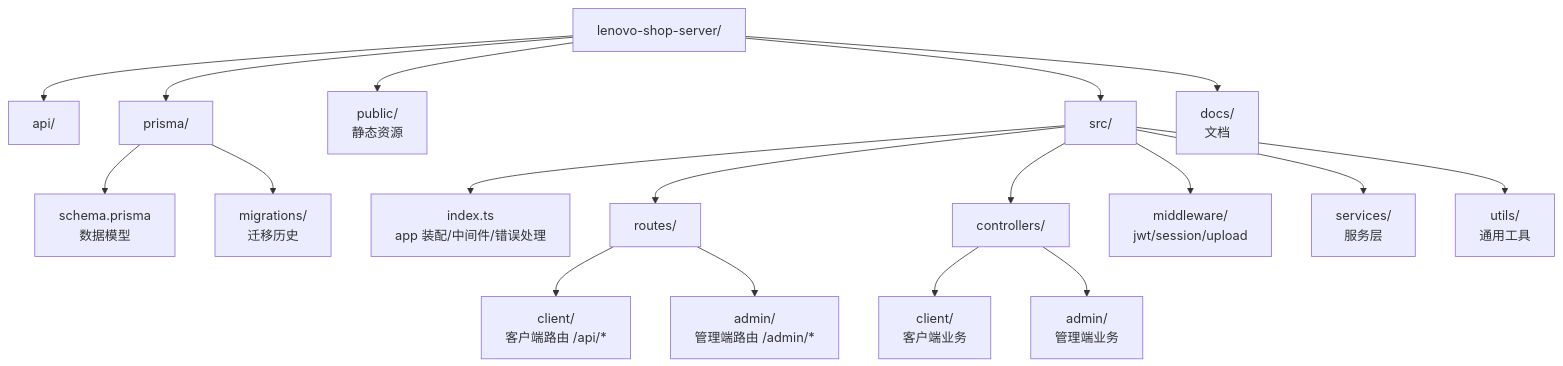
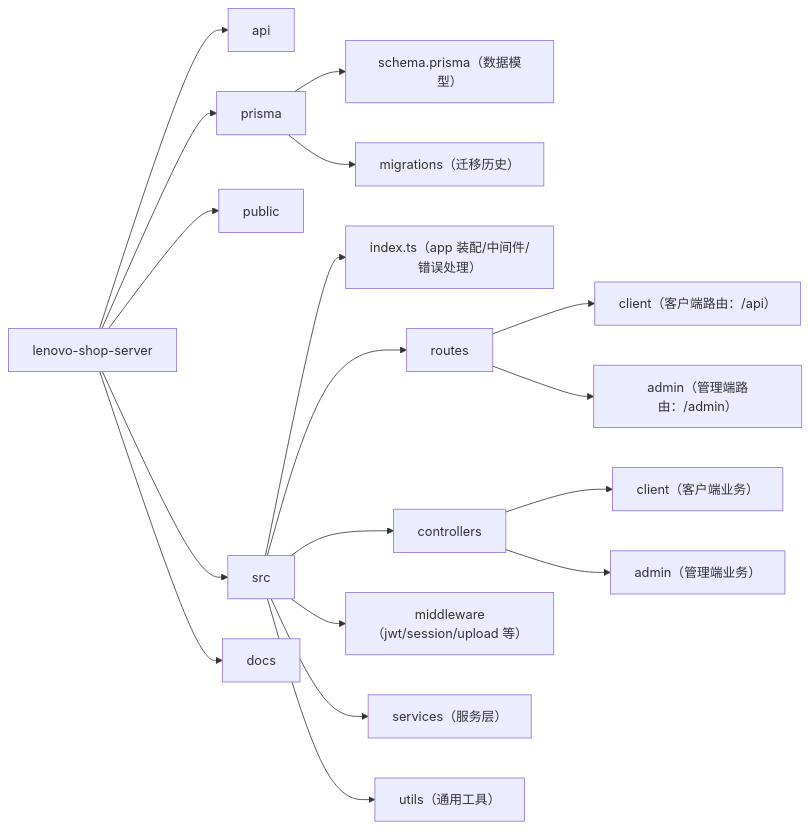
Before and after one commit to Anyeling0620/Lenovo-Shop-Server: the diagram in README.md, drawn with Mermaid.

Commit message:
docs: 更新文档中的 Mermaid 流程图，优化项目结构展示

````diff
--- a/README.md
+++ b/README.md
@@ -506,26 +506,44 @@
 ```mermaid
-flowchart TD
-	root[lenovo-shop-server/]
+flowchart LR
+	root["lenovo-shop-server"]
 
-	root --> api[api/]
+	api["api"]
+	prisma["prisma"]
+	publicDir["public"]
+	src["src"]
+	docs["docs"]
 
-	root --> prisma[prisma/]
-	prisma --> schema[schema.prisma\n数据模型]
-	prisma --> migrations[migrations/\n迁移历史]
+	root --> api
+	root --> prisma
+	root --> publicDir
+	root --> src
+	root --> docs
 
-	root --> public[public/\n静态资源]
+	schema["schema.prisma（数据模型）"]
+	migrations["migrations（迁移历史）"]
+	prisma --> schema
+	prisma --> migrations
 
-	root --> src[src/]
-	src --> index[index.ts\napp 装配/中间件/错误处理]
-	src --> routes[routes/]
-	routes --> clientRoutes[client/\n客户端路由 /api/*]
-	routes --> adminRoutes[admin/\n管理端路由 /admin/*]
-	src --> controllers[controllers/]
-	controllers --> clientControllers[client/\n客户端业务]
-	controllers --> adminControllers[admin/\n管理端业务]
-	src --> middleware[middleware/\njwt/session/upload]
-	src --> services[services/\n服务层]
-	src --> utils[utils/\n通用工具]
+	index["index.ts（app 装配/中间件/错误处理）"]
+	routes["routes"]
+	controllers["controllers"]
+	middleware["middleware（jwt/session/upload 等）"]
+	services["services（服务层）"]
+	utils["utils（通用工具）"]
+	src --> index
+	src --> routes
+	src --> controllers
+	src --> middleware
+	src --> services
+	src --> utils
 
-	root --> docs[docs/\n文档]
+	clientRoutes["client（客户端路由：/api）"]
+	adminRoutes["admin（管理端路由：/admin）"]
+	routes --> clientRoutes
+	routes --> adminRoutes
+
+	clientControllers["client（客户端业务）"]
+	adminControllers["admin（管理端业务）"]
+	controllers --> clientControllers
+	controllers --> adminControllers
 ```
````
